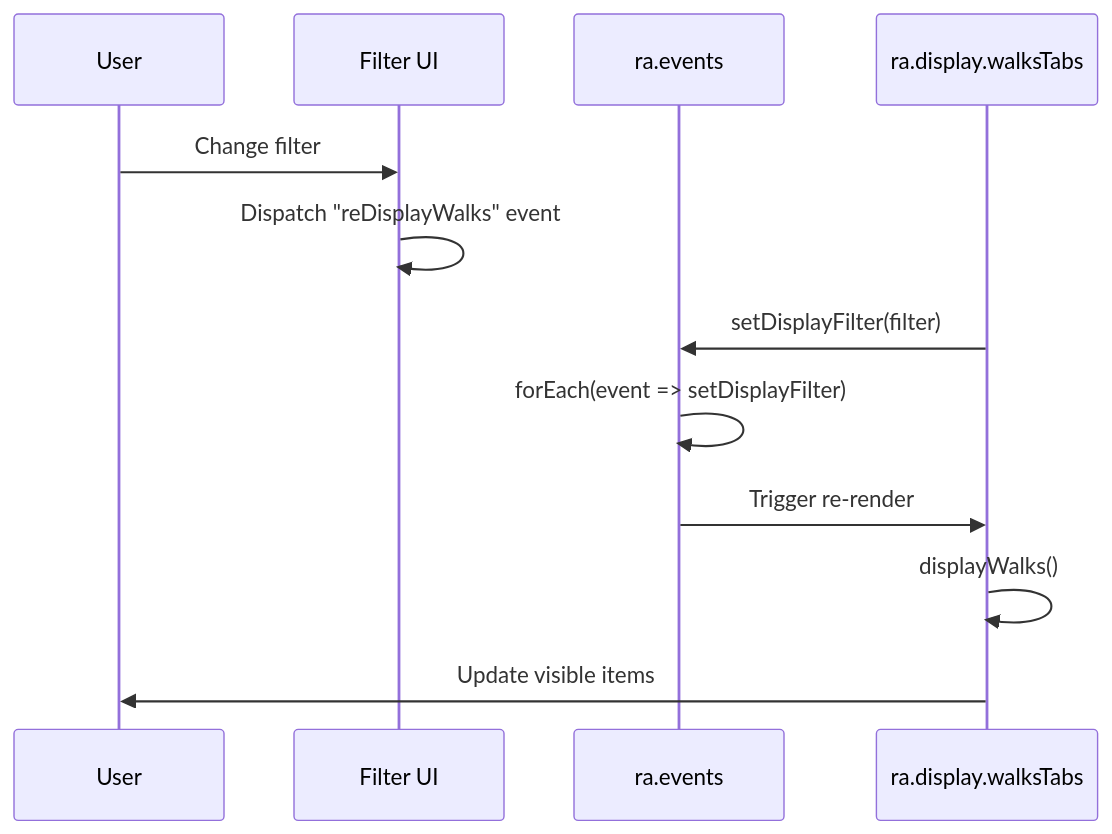
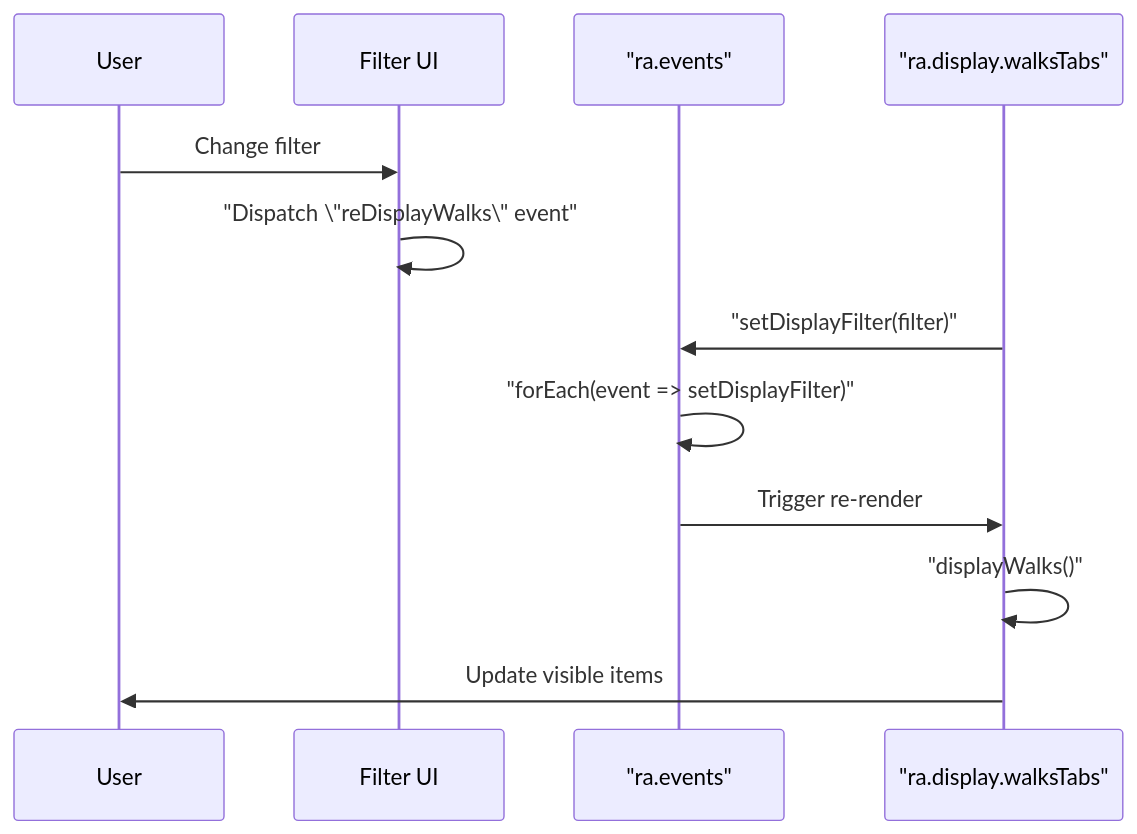
One commit to pauljrhodes/ramblers-library changed the fourth of 5 diagrams in media/jsonwalks/HLD.md. Above: the diagram before and after it, drawn with Mermaid. The commit also changed other lines of this file and 33 other files, not shown here.

Commit message:
Normalize Mermaid diagrams for GitHub rendering

````diff
--- a/media/jsonwalks/HLD.md
+++ b/media/jsonwalks/HLD.md
@@ -249,15 +249,15 @@
 ```mermaid
 sequenceDiagram
     participant User as User
     participant FilterUI as Filter UI
-    participant Events as ra.events
-    participant WalksTabs as ra.display.walksTabs
+    participant Events as "ra.events"
+    participant WalksTabs as "ra.display.walksTabs"
 
     User->>FilterUI: Change filter
-    FilterUI->>FilterUI: Dispatch "reDisplayWalks" event
-    WalksTabs->>Events: setDisplayFilter(filter)
-    Events->>Events: forEach(event => setDisplayFilter)
+    FilterUI->>FilterUI: "Dispatch \"reDisplayWalks\" event"
+    WalksTabs->>Events: "setDisplayFilter(filter)"
+    Events->>Events: "forEach(event => setDisplayFilter)"
     Events->>WalksTabs: Trigger re-render
-    WalksTabs->>WalksTabs: displayWalks()
+    WalksTabs->>WalksTabs: "displayWalks()"
     WalksTabs->>User: Update visible items
 ```
````
